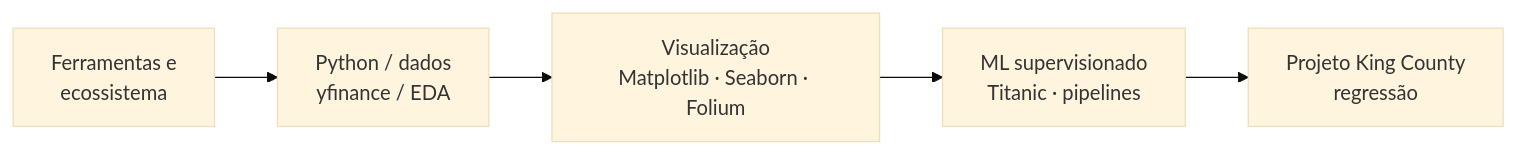
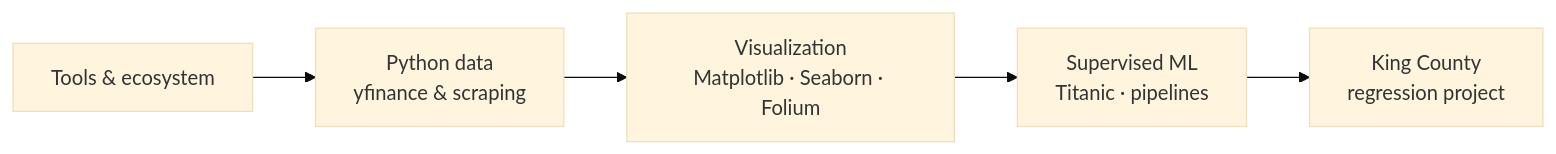
The diagram in README.md (sidnei-almeida/ibm_ds_certificate), drawn with Mermaid (base theme) before and after one commit. The commit also changed other lines of this file, not shown here.

````diff
--- a/README.md
+++ b/README.md
@@ -59,7 +130,7 @@
 ```mermaid
 flowchart LR
-  A[Ferramentas e\necossistema] --> B[Python / dados\nyfinance / EDA]
-  B --> C[Visualização\nMatplotlib · Seaborn · Folium]
-  C --> D[ML supervisionado\nTitanic · pipelines]
-  D --> E[Projeto King County\nregressão]
+  A[Tools & ecosystem] --> B[Python data\nyfinance & scraping]
+  B --> C[Visualization\nMatplotlib · Seaborn · Folium]
+  C --> D[Supervised ML\nTitanic · pipelines]
+  D --> E[King County\nregression project]
 ```
````
